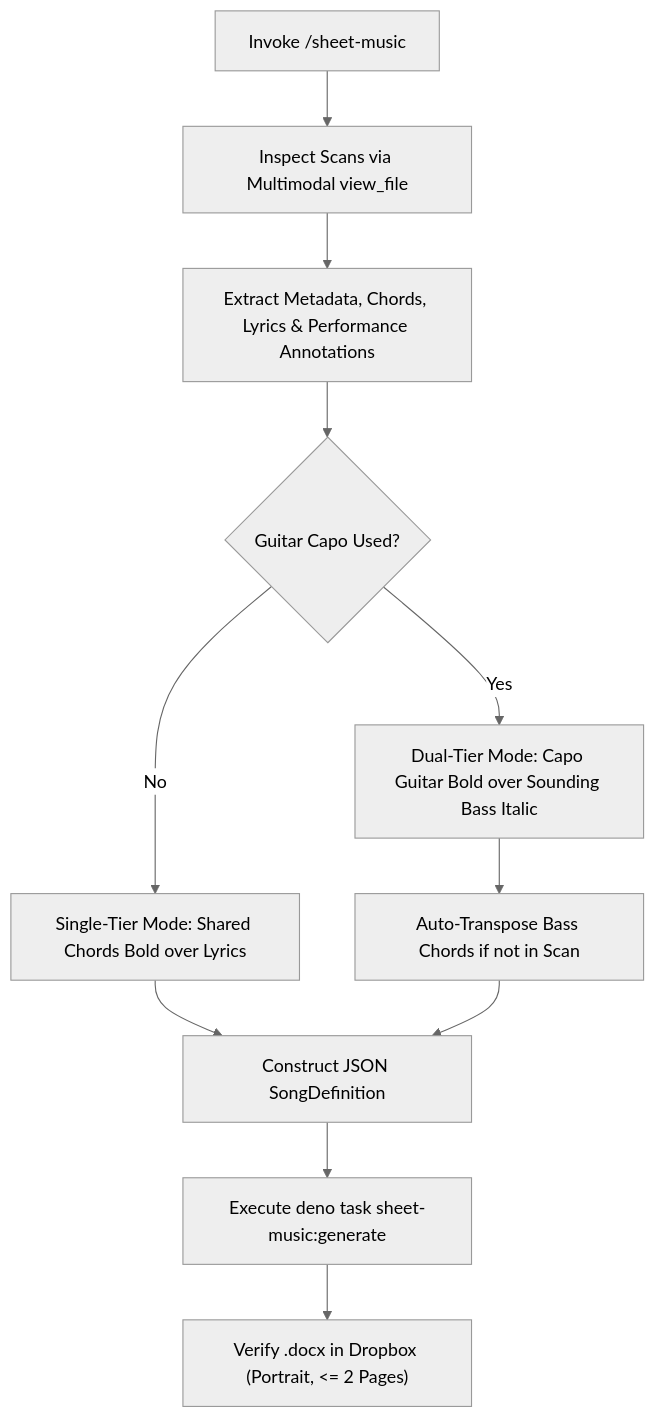
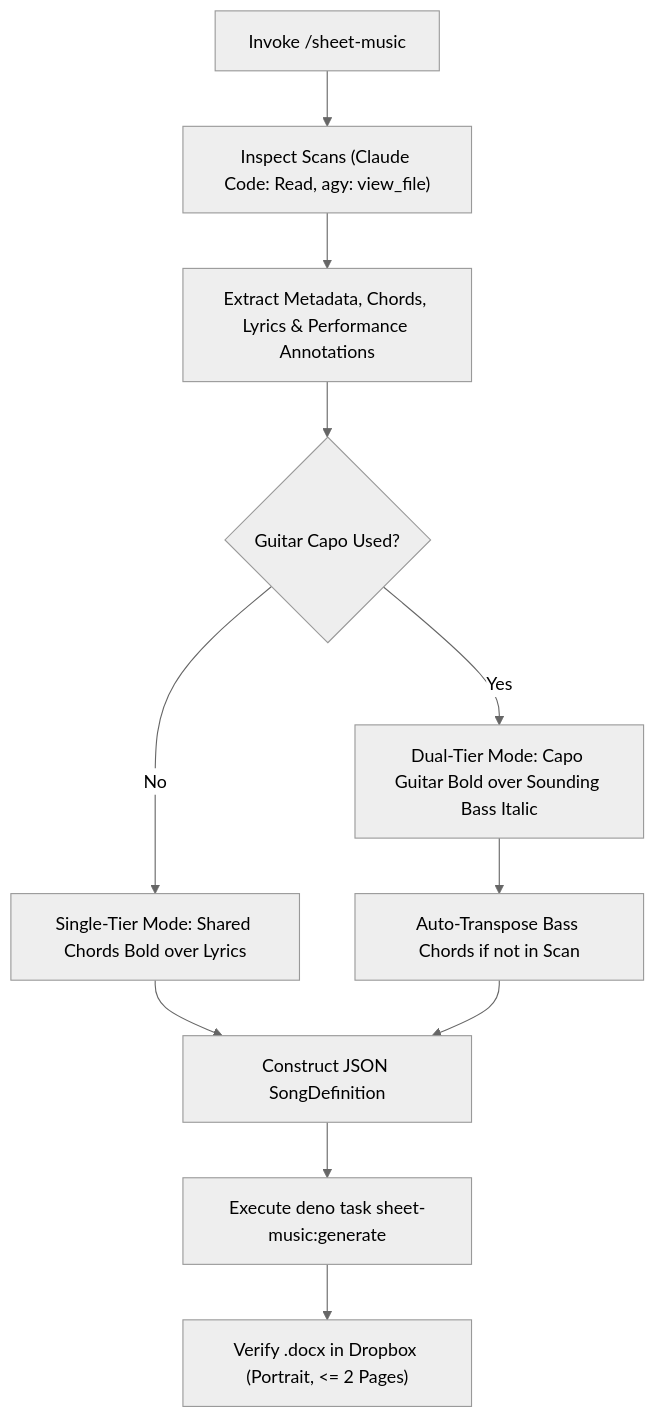
One commit to WebJamApps/web-jam-tools changed the diagram in skills/sheet-music/SKILL.md. Above: the diagram before and after it, drawn with Mermaid (neutral theme).

Commit message:
docs(skills): scope the sheet-music workflow diagram's scan tool per surface

````diff
--- a/skills/sheet-music/SKILL.md
+++ b/skills/sheet-music/SKILL.md
@@ -20,13 +20,13 @@
 ```mermaid
 graph TD
-    A["Invoke /sheet-music <Dropbox-path(s)...>"] --> B["Inspect Scans via Multimodal view_file"]
+    A["Invoke /sheet-music <Dropbox-path(s)...>"] --> B["Inspect Scans (Claude Code: Read, agy: view_file)"]
     B --> C["Extract Metadata, Chords, Lyrics & Performance Annotations"]
     C --> D{"Guitar Capo Used?"}
     D -- Yes --> E["Dual-Tier Mode: Capo Guitar Bold over Sounding Bass Italic"]
     D -- No --> F["Single-Tier Mode: Shared Chords Bold over Lyrics"]
     E --> G["Auto-Transpose Bass Chords if not in Scan"]
     F --> H["Construct JSON SongDefinition"]
     G --> H
     H --> I["Execute deno task sheet-music:generate"]
     I --> J["Verify .docx in Dropbox (Portrait, <= 2 Pages)"]
 ```
````
